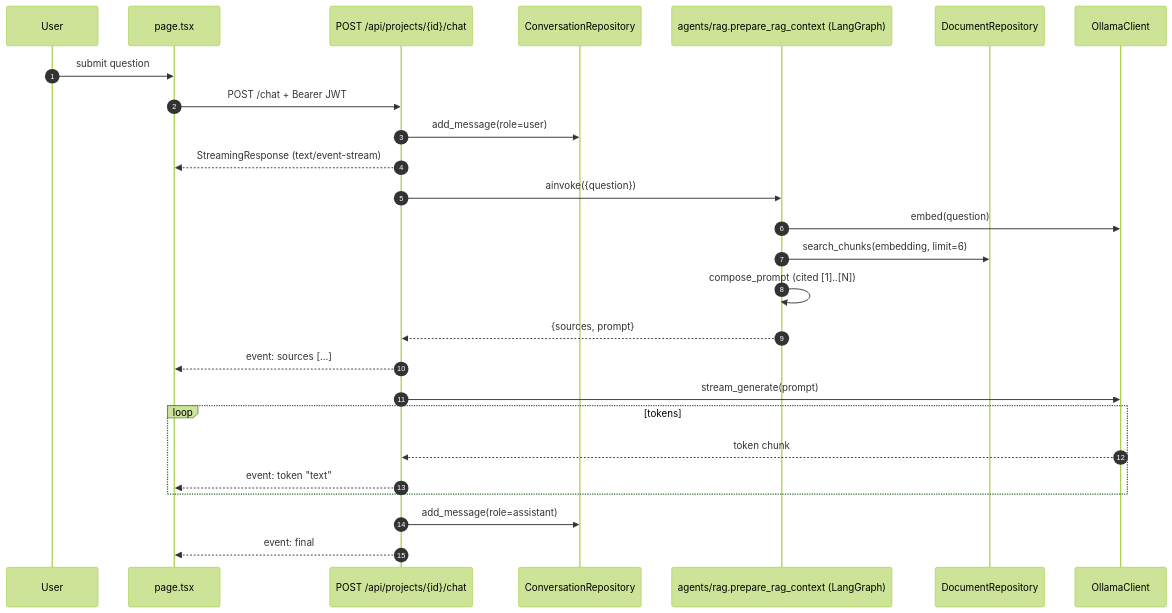
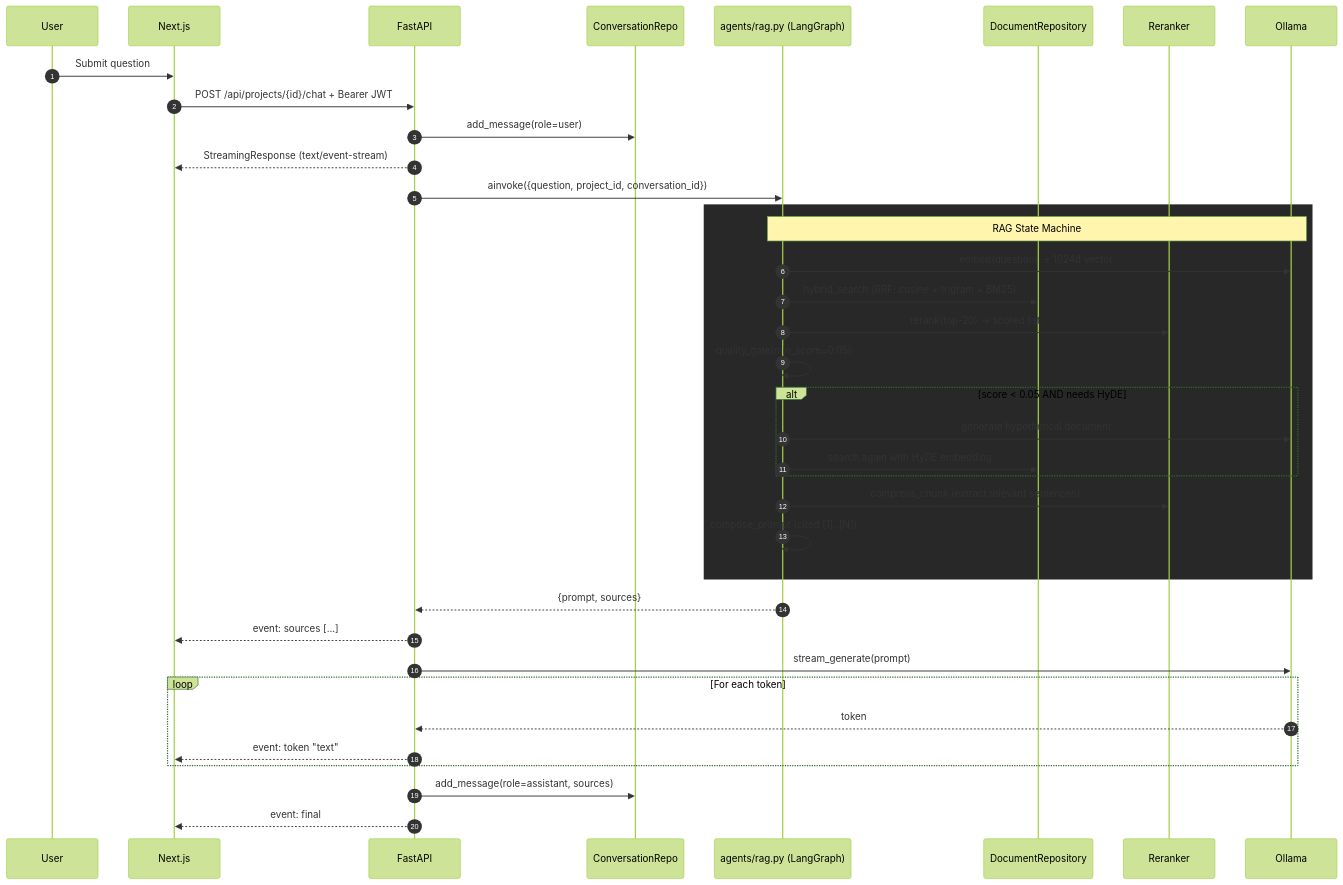
One commit to Tusharyadav21/artha changed the third of 6 diagrams in .ai/architecture.md. Above: the diagram before and after it, drawn with Mermaid (forest theme). The commit also changed other lines of this file and 263 other files, not shown here.

Commit message:
refactor: restructure backend architecture, consolidate agent services, and unify platform models

````diff
--- a/.ai/architecture.md
+++ b/.ai/architecture.md
@@ -163,31 +205,45 @@
 ```mermaid
 sequenceDiagram
-  autonumber
-  participant U as User
-  participant FE as page.tsx
-  participant API as POST /api/projects/{id}/chat
-  participant CR as ConversationRepository
-  participant G as agents/rag.prepare_rag_context (LangGraph)
-  participant DR as DocumentRepository
-  participant OL as OllamaClient
+    autonumber
+    participant U as User
+    participant FE as Next.js
+    participant API as FastAPI
+    participant CR as ConversationRepo
+    participant RAG as agents/rag.py (LangGraph)
+    participant DR as DocumentRepository
+    participant RR as Reranker
+    participant OL as Ollama
 
-  U->>FE: submit question
-  FE->>API: POST /chat + Bearer JWT
-  API->>CR: add_message(role=user)
-  API-->>FE: StreamingResponse (text/event-stream)
+    U->>FE: Submit question
+    FE->>API: POST /api/projects/{id}/chat + Bearer JWT
+    API->>CR: add_message(role=user)
+    API-->>FE: StreamingResponse (text/event-stream)
 
-  API->>G: ainvoke({question})
-  G->>OL: embed(question)
-  G->>DR: search_chunks(embedding, limit=6)
-  G->>G: compose_prompt (cited [1]..[N])
-  G-->>API: {sources, prompt}
+    API->>RAG: ainvoke({question, project_id, conversation_id})
 
-  API-->>FE: event: sources [...]
-  API->>OL: stream_generate(prompt)
-  loop tokens
-    OL-->>API: token chunk
-    API-->>FE: event: token "text"
-  end
-  API->>CR: add_message(role=assistant)
-  API-->>FE: event: final
+    rect rgb(40,40,40)
+        Note over RAG,OL: RAG State Machine
+        RAG->>OL: embed(question) → 1024d vector
+        RAG->>DR: hybrid_search (RRF: cosine + trigram + BM25)
+        RAG->>RR: rerank(top-20) → scored list
+        RAG->>RAG: quality_gate(min_score=0.05)
+        alt score < 0.05 AND needs HyDE
+            RAG->>OL: generate hypothetical document
+            RAG->>DR: search again with HyDE embedding
+        end
+        RAG->>RR: compress_chunk (extract relevant sentences)
+        RAG->>RAG: compose_prompt (cited [1]..[N])
+    end
+
+    RAG-->>API: {prompt, sources}
+    API-->>FE: event: sources [...]
+
+    API->>OL: stream_generate(prompt)
+    loop For each token
+        OL-->>API: token
+        API-->>FE: event: token "text"
+    end
+
+    API->>CR: add_message(role=assistant, sources)
+    API-->>FE: event: final
 ```
````
